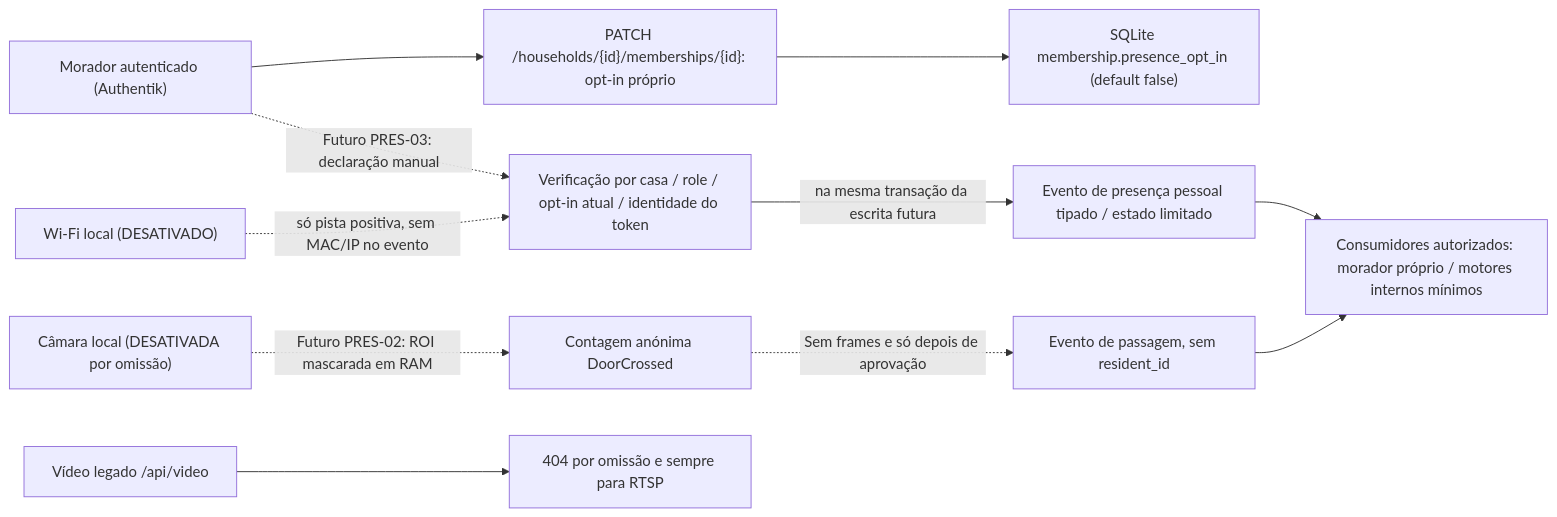
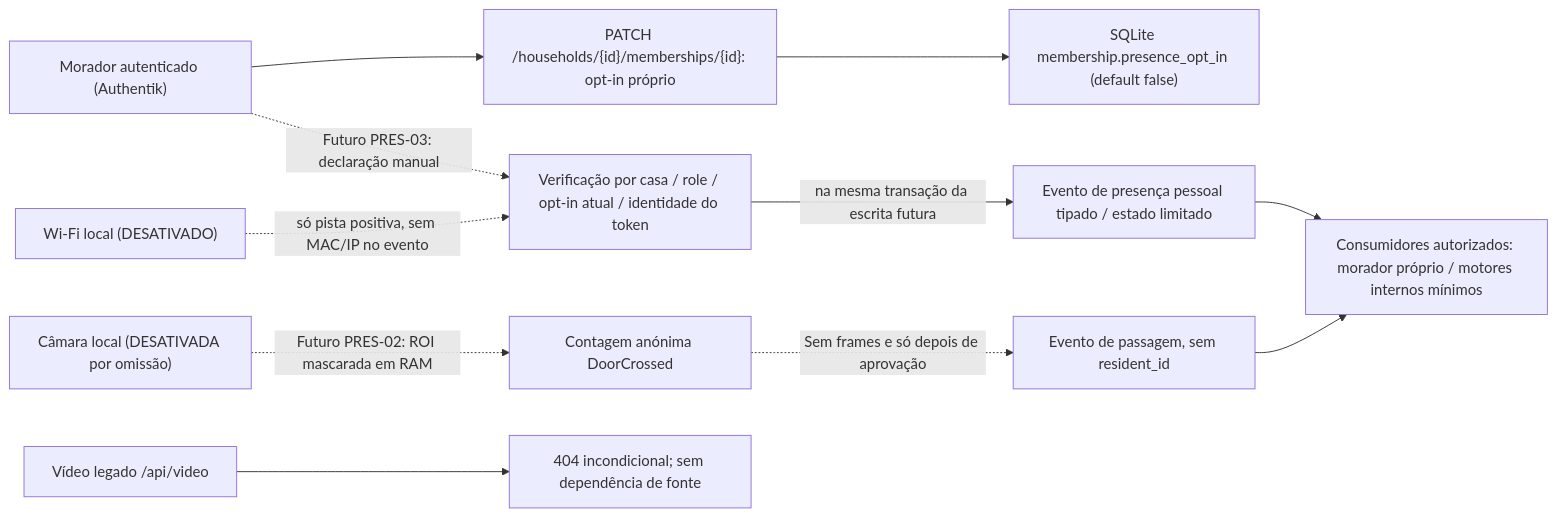
The diagram in docs/modules/presence.md (souofrancisco/homemind), drawn with Mermaid before and after one commit. The commit also changed other lines of this file and 25 other files, not shown here.

````diff
--- a/docs/modules/presence.md
+++ b/docs/modules/presence.md
@@ -105,13 +105,13 @@
 ```mermaid
 flowchart LR
     R["Morador autenticado (Authentik)"] --> O["PATCH /households/{id}/memberships/{id}: opt-in próprio"]
     O --> DB["SQLite membership.presence_opt_in (default false)"]
     R -. "Futuro PRES-03: declaração manual" .-> G["Verificação por casa / role / opt-in atual / identidade do token"]
     W["Wi-Fi local (DESATIVADO)"] -. "só pista positiva, sem MAC/IP no evento" .-> G
     G -->|na mesma transação da escrita futura| E["Evento de presença pessoal tipado / estado limitado"]
     C["Câmara local (DESATIVADA por omissão)"] -. "Futuro PRES-02: ROI mascarada em RAM" .-> X["Contagem anónima DoorCrossed"]
     X -. "Sem frames e só depois de aprovação" .-> EV["Evento de passagem, sem resident_id"]
     E --> P["Consumidores autorizados: morador próprio / motores internos mínimos"]
     EV --> P
-    U["Vídeo legado /api/video"] --> D["404 por omissão e sempre para RTSP"]
+    U["Vídeo legado /api/video"] --> D["404 incondicional; sem dependência de fonte"]
 ```
````
